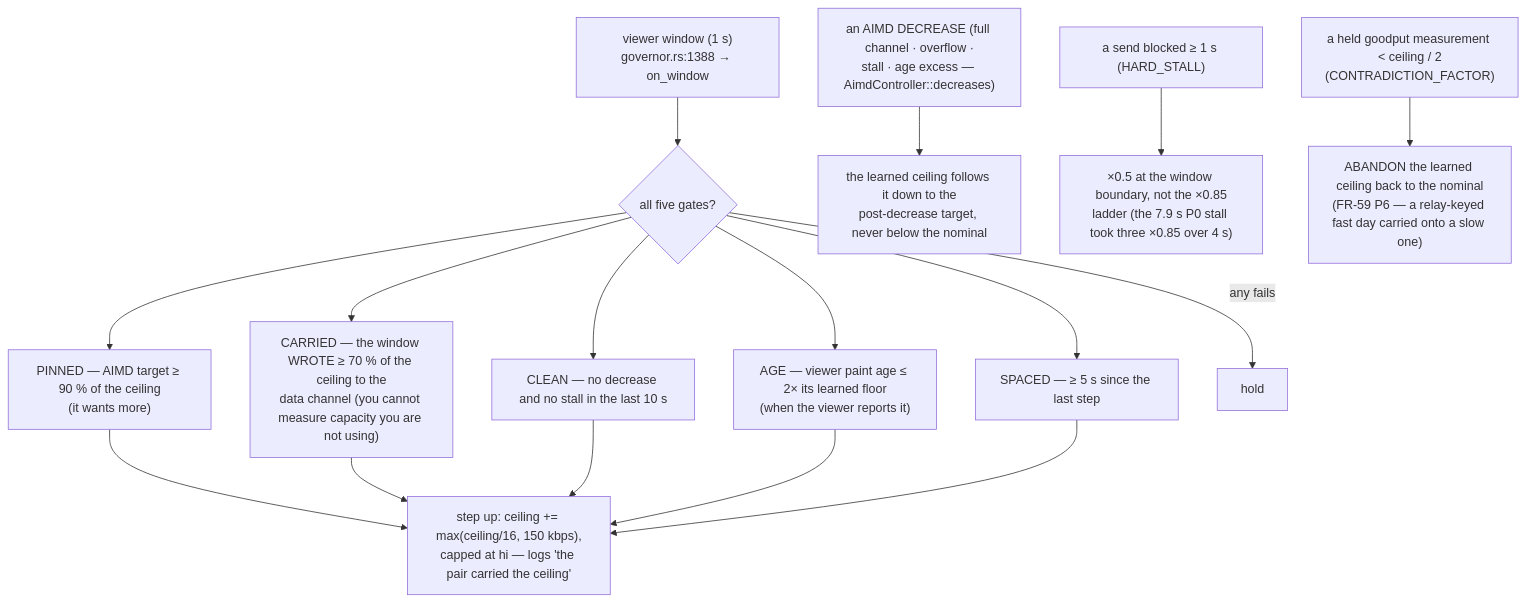
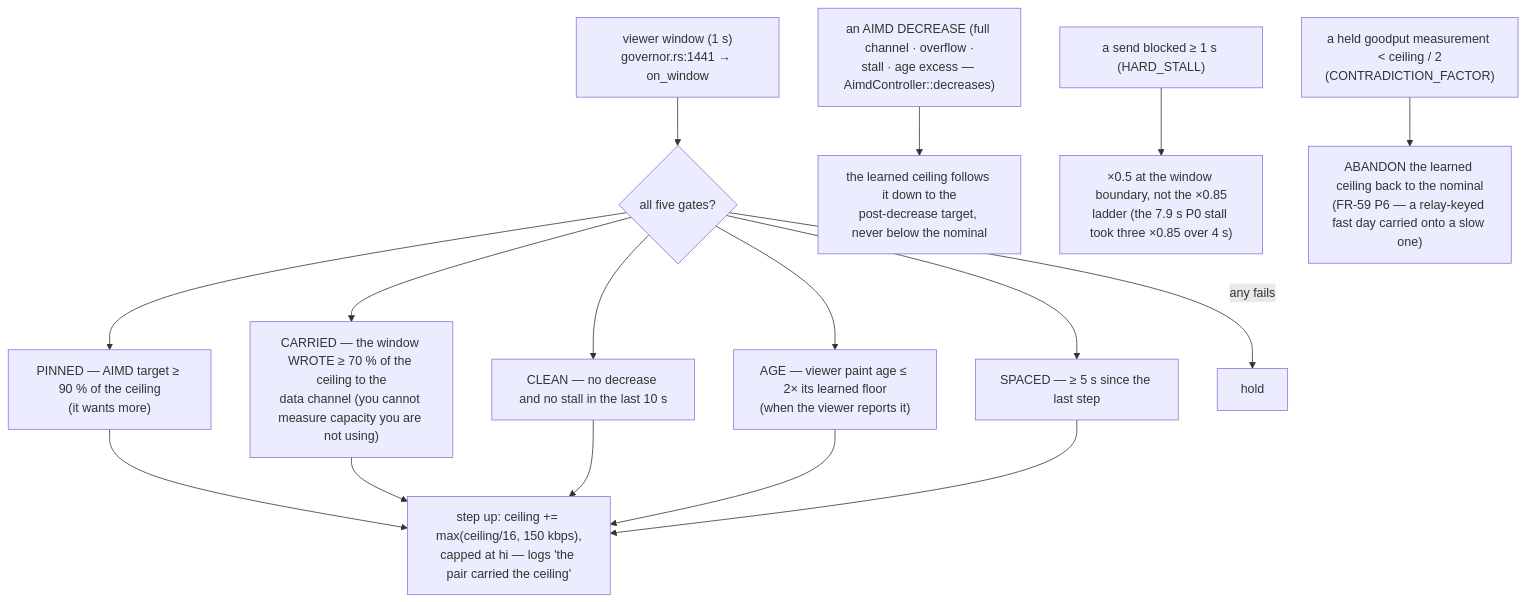
Before and after one commit to gjovanov/roomler-ai: the third of 7 diagrams in docs/rate-control.md, drawn with Mermaid. The commit also changed other lines of this file and 17 other files, not shown here.

````diff
--- a/docs/rate-control.md
+++ b/docs/rate-control.md
@@ -324,14 +324,14 @@
 ```mermaid
 flowchart TB
-    WIN["viewer window (1 s)<br/>governor.rs:1388 → on_window"] --> G{"all five gates?"}
+    WIN["viewer window (1 s)<br/>governor.rs:1441 → on_window"] --> G{"all five gates?"}
     G --> P["PINNED — AIMD target ≥ 90 % of the ceiling<br/>(it wants more)"]
     G --> CAR["CARRIED — the window WROTE ≥ 70 % of the ceiling to the<br/>data channel (you cannot measure capacity you are not using)"]
     G --> CL["CLEAN — no decrease and no stall in the last 10 s"]
     G --> AGE["AGE — viewer paint age ≤ 2× its learned floor<br/>(when the viewer reports it)"]
     G --> SP["SPACED — ≥ 5 s since the last step"]
     P & CAR & CL & AGE & SP --> STEP["step up: ceiling += max(ceiling/16, 150 kbps),<br/>capped at hi — logs 'the pair carried the ceiling'"]
     G -- any fails --> HOLD["hold"]
     DEC["an AIMD DECREASE (full channel · overflow ·<br/>stall · age excess — AimdController::decreases)"] --> PULL["the learned ceiling follows it down to the<br/>post-decrease target, never below the nominal"]
     HS["a send blocked ≥ 1 s (HARD_STALL)"] --> MD["×0.5 at the window boundary, not the ×0.85<br/>ladder (the 7.9 s P0 stall took three ×0.85 over 4 s)"]
     MEAS["a held goodput measurement < ceiling / 2<br/>(CONTRADICTION_FACTOR)"] --> AB["ABANDON the learned ceiling back to the nominal<br/>(FR-59 P6 — a relay-keyed fast day carried onto a slow one)"]
 ```
````
